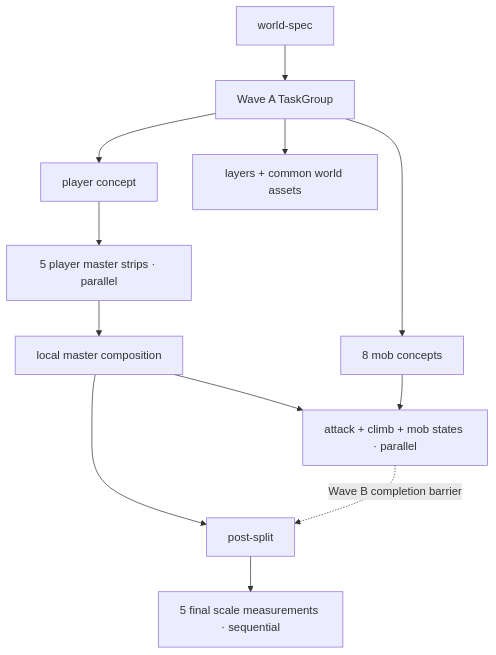
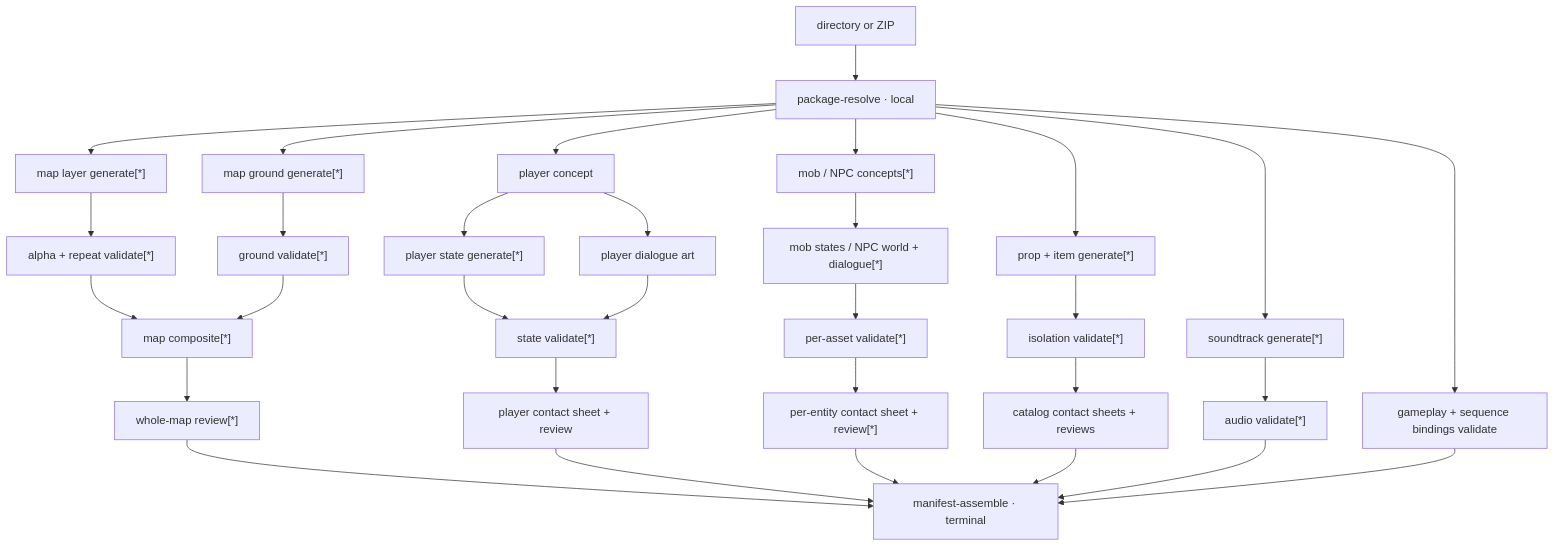
One commit to softmarshmallow/stage-gen changed the diagram in docs/spec/game/generation-pipeline.md. Above: the diagram before and after it, drawn with Mermaid. The commit also changed other lines of this file and 53 other files, not shown here.

````diff
--- a/docs/spec/game/generation-pipeline.md
+++ b/docs/spec/game/generation-pipeline.md
@@ -240,14 +32,39 @@
 ```mermaid
 flowchart TD
-    WS["world-spec"] --> WA["Wave A TaskGroup"]
-    WA --> PC["player concept"]
-    WA --> MC["8 mob concepts"]
-    WA --> ENV["layers + common world assets"]
-    PC --> P1["5 player master strips · parallel"]
-    P1 --> COMP["local master composition"]
-    COMP --> P2["attack + climb + mob states · parallel"]
-    MC --> P2
-    COMP --> SPLIT["post-split"]
-    P2 -. "Wave B completion barrier" .-> SPLIT
-    SPLIT --> SCALE["5 final scale measurements · sequential"]
+    PKG["directory or ZIP"] --> PR["package-resolve · local"]
+
+    PR --> ML["map layer generate[*]"]
+    PR --> MG["map ground generate[*]"]
+    ML --> MLV["alpha + repeat validate[*]"]
+    MG --> MGV["ground validate[*]"]
+    MLV --> MC["map composite[*]"]
+    MGV --> MC
+    MC --> MR["whole-map review[*]"]
+
+    PR --> PC["player concept"]
+    PC --> PS["player state generate[*]"]
+    PC --> PD["player dialogue art"]
+    PS --> PV["state validate[*]"]
+    PD --> PV
+    PV --> PCR["player contact sheet + review"]
+
+    PR --> XC["mob / NPC concepts[*]"]
+    XC --> XS["mob states / NPC world + dialogue[*]"]
+    XS --> XV["per-asset validate[*]"]
+    XV --> XR["per-entity contact sheet + review[*]"]
+
+    PR --> PI["prop + item generate[*]"]
+    PI --> PIV["isolation validate[*]"]
+    PIV --> PIR["catalog contact sheets + reviews"]
+
+    PR --> ST["soundtrack generate[*]"]
+    ST --> STV["audio validate[*]"]
+    PR --> GB["gameplay + sequence bindings validate"]
+
+    MR --> MF["manifest-assemble · terminal"]
+    PCR --> MF
+    XR --> MF
+    PIR --> MF
+    STV --> MF
+    GB --> MF
 ```
````
